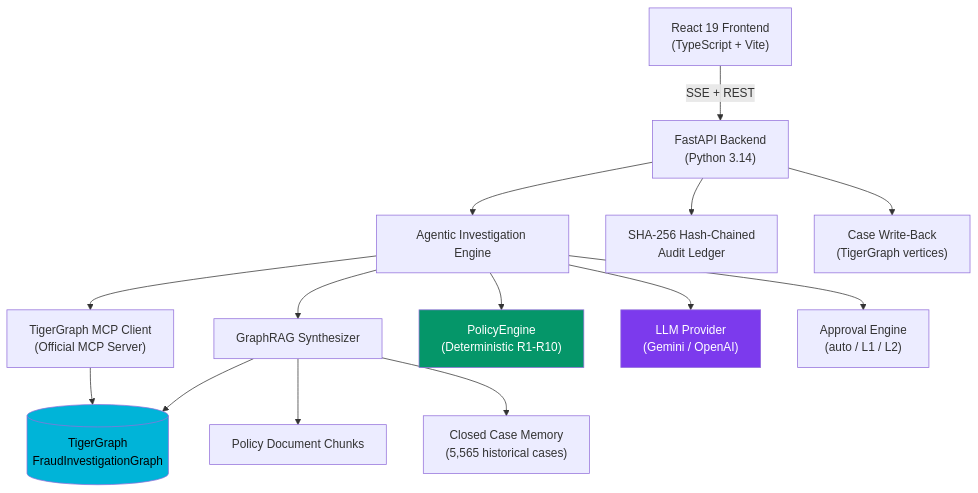
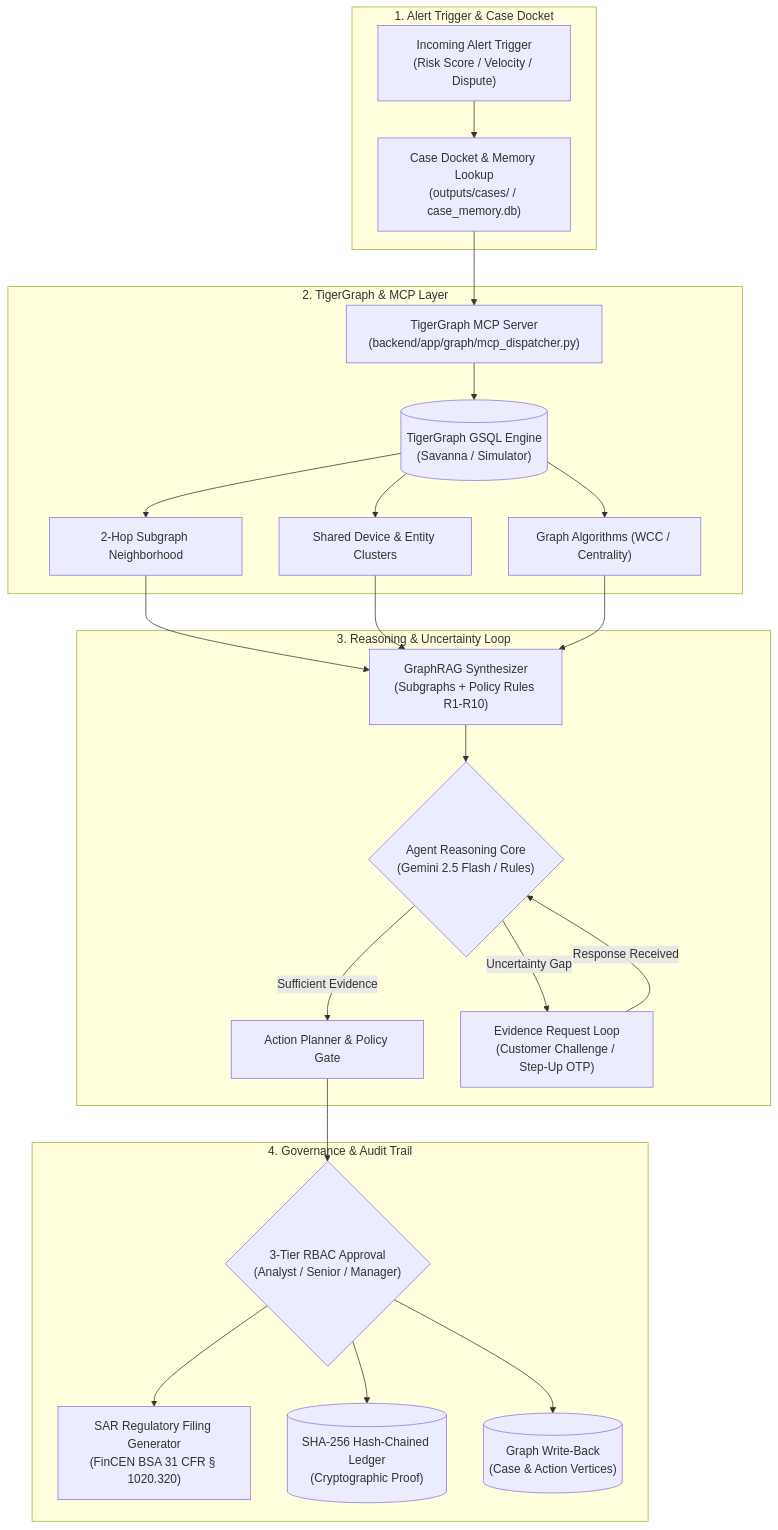
The diagram in README.md (maitray-agrawal/TRACE-GOA), drawn with Mermaid before and after one commit. The commit also changed other lines of this file, not shown here.

Commit message:
release-2: comprehensive, truthful, judge-ready README with verified mermaid architecture and results

````diff
--- a/README.md
+++ b/README.md
@@ -133,24 +55,29 @@
 ```mermaid
-graph TD
-    A["React 19 Frontend\n(TypeScript + Vite)"] -->|SSE + REST| B["FastAPI Backend\n(Python 3.14)"]
+flowchart TD
+    subgraph INGEST ["1. Alert Trigger & Case Docket"]
+        T["Incoming Alert Trigger\n(Risk Score / Velocity / Dispute)"] --> CD["Case Docket & Memory Lookup\n(outputs/cases/ / case_memory.db)"]
+    end
 
-    B --> C["Agentic Investigation Engine"]
-    C --> D["TigerGraph MCP Client\n(Official MCP Server)"]
-    D --> E[("TigerGraph\nFraudInvestigationGraph")]
+    subgraph GRAPH ["2. TigerGraph & MCP Layer"]
+        CD --> MCP["TigerGraph MCP Server\n(backend/app/graph/mcp_dispatcher.py)"]
+        MCP --> TG[("TigerGraph GSQL Engine\n(Savanna / Simulator)")]
+        TG --> G1["2-Hop Subgraph Neighborhood"]
+        TG --> G2["Shared Device & Entity Clusters"]
+        TG --> G3["Graph Algorithms (WCC / Centrality)"]
+    end
 
-    C --> F["GraphRAG Synthesizer"]
-    F --> G["Policy Document Chunks"]
-    F --> H["Closed Case Memory\n(5,565 historical cases)"]
-    F --> E
+    subgraph REASONING ["3. Reasoning & Uncertainty Loop"]
+        G1 & G2 & G3 --> GRAG["GraphRAG Synthesizer\n(Subgraphs + Policy Rules R1-R10)"]
+        GRAG --> AGENT{"Agent Reasoning Core\n(Gemini 2.5 Flash / Rules)"}
+        AGENT -->|Sufficient Evidence| DEC["Action Planner & Policy Gate"]
+        AGENT -->|Uncertainty Gap| STEP["Evidence Request Loop\n(Customer Challenge / Step-Up OTP)"]
+        STEP -->|Response Received| AGENT
+    end
 
-    C --> I["PolicyEngine\n(Deterministic R1-R10)"]
-    C --> J["LLM Provider\n(Gemini / OpenAI)"]
-    C --> K["Approval Engine\n(auto / L1 / L2)"]
-
-    B --> L["SHA-256 Hash-Chained\nAudit Ledger"]
-    B --> M["Case Write-Back\n(TigerGraph vertices)"]
-
-    style E fill:#00b4d8,color:#000
-    style J fill:#7c3aed,color:#fff
-    style I fill:#059669,color:#fff
+    subgraph GOVERNANCE ["4. Governance & Audit Trail"]
+        DEC --> RBAC{"3-Tier RBAC Approval\n(Analyst / Senior / Manager)"}
+        RBAC --> SAR["SAR Regulatory Filing Generator\n(FinCEN BSA 31 CFR § 1020.320)"]
+        RBAC --> LEDGER[("SHA-256 Hash-Chained Ledger\n(Cryptographic Proof)")]
+        RBAC --> WB[("Graph Write-Back\n(Case & Action Vertices)")]
+    end
 ```
````
